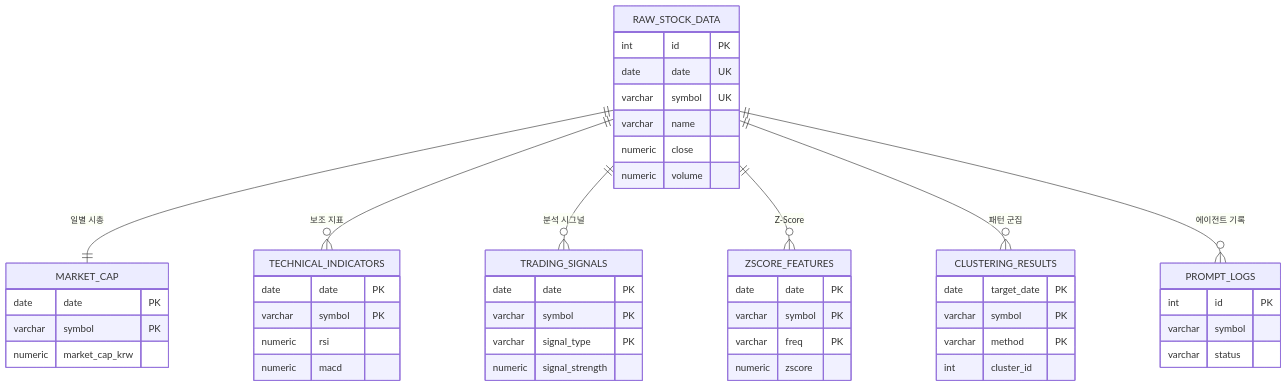
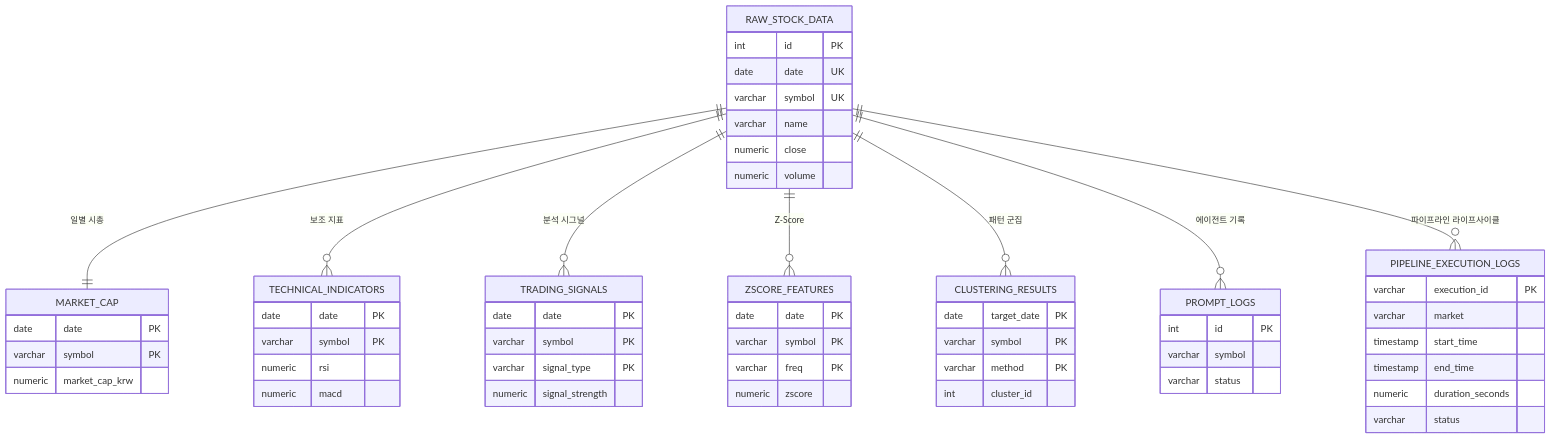
One commit to hugingstar/ggeolmu changed the second of 2 diagrams in README.md. Above: the diagram before and after it, drawn with Mermaid. The commit also changed other lines of this file and 6 other files, not shown here.

Commit message:
feat: Manager Tier에 파이프라인 시작/종료/소요시간 모니터링 에이전트(PipelineLifecycleAgent) 및 DB 로깅 신설

````diff
--- a/README.md
+++ b/README.md
@@ -75,59 +77,69 @@
 ```mermaid
 erDiagram
     RAW_STOCK_DATA {
         int id PK
         date date UK
         varchar symbol UK
         varchar name
         numeric close
         numeric volume
     }
 
     MARKET_CAP {
         date date PK
         varchar symbol PK
         numeric market_cap_krw
     }
 
     TECHNICAL_INDICATORS {
         date date PK
         varchar symbol PK
         numeric rsi
         numeric macd
     }
 
     TRADING_SIGNALS {
         date date PK
         varchar symbol PK
         varchar signal_type PK
         numeric signal_strength
     }
 
     ZSCORE_FEATURES {
         date date PK
         varchar symbol PK
         varchar freq PK
         numeric zscore
     }
 
     CLUSTERING_RESULTS {
         date target_date PK
         varchar symbol PK
         varchar method PK
         int cluster_id
     }
 
     PROMPT_LOGS {
         int id PK
         varchar symbol
         varchar status
     }
 
+    PIPELINE_EXECUTION_LOGS {
+        varchar execution_id PK
+        varchar market
+        timestamp start_time
+        timestamp end_time
+        numeric duration_seconds
+        varchar status
+    }
+
     %% 수직 순차 방사형 관계 배치
     RAW_STOCK_DATA ||--|| MARKET_CAP : "일별 시총"
     RAW_STOCK_DATA ||--o{ TECHNICAL_INDICATORS : "보조 지표"
     RAW_STOCK_DATA ||--o{ TRADING_SIGNALS : "분석 시그널"
     RAW_STOCK_DATA ||--o{ ZSCORE_FEATURES : "Z-Score"
     RAW_STOCK_DATA ||--o{ CLUSTERING_RESULTS : "패턴 군집"
     RAW_STOCK_DATA ||--o{ PROMPT_LOGS : "에이전트 기록"
+    RAW_STOCK_DATA ||--o{ PIPELINE_EXECUTION_LOGS : "파이프라인 라이프사이클"
 ```
````
